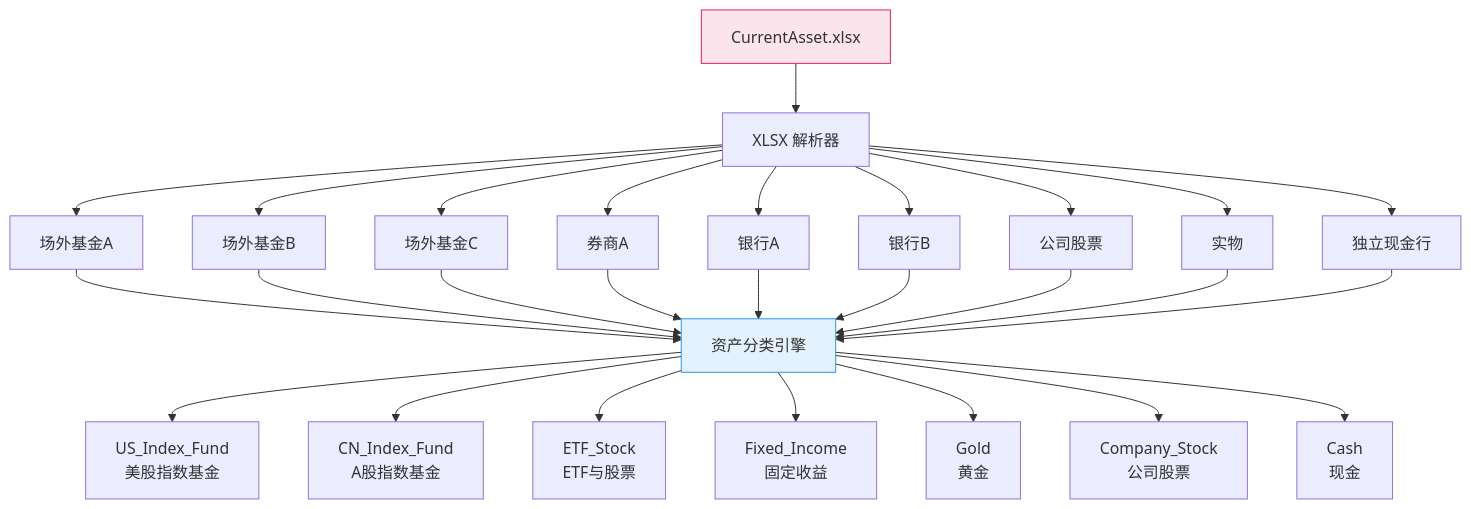
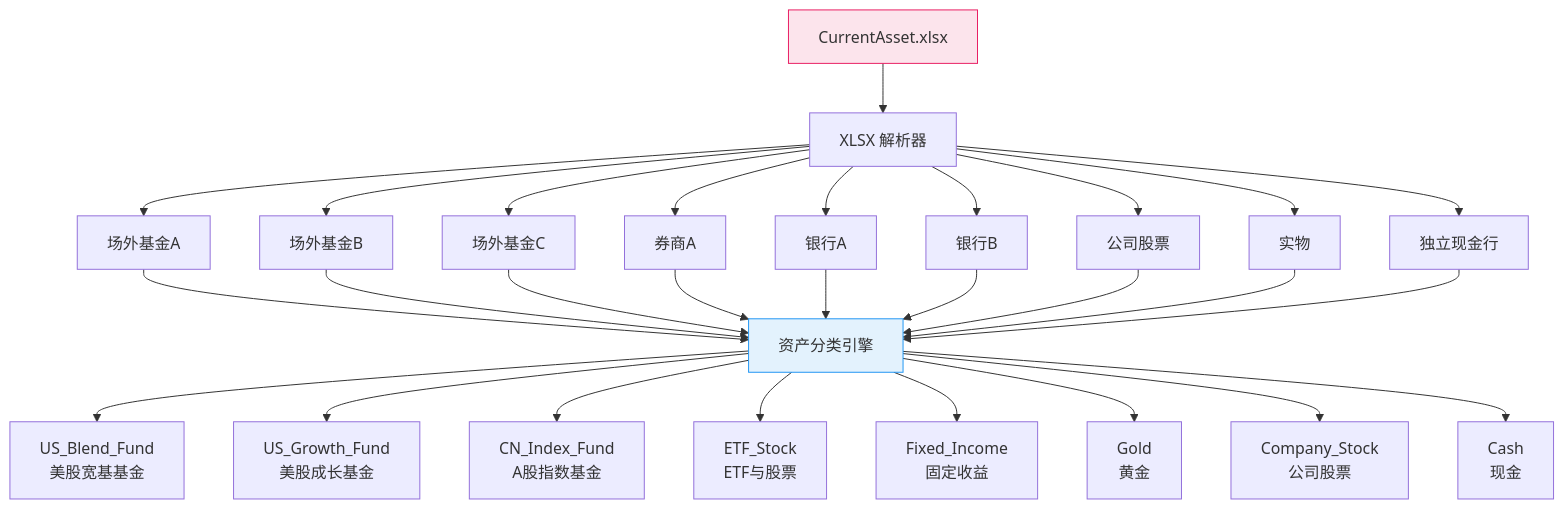
Before and after one commit to Haolun123/FamilyFund: the tenth of 16 diagrams in docs/ARCHITECTURE_shared.md, drawn with Mermaid. The commit also changed other lines of this file and 1 other file, not shown here.

````diff
--- a/docs/ARCHITECTURE_shared.md
+++ b/docs/ARCHITECTURE_shared.md
@@ -645,35 +646,36 @@
 ```mermaid
 flowchart TD
     XLSX["CurrentAsset.xlsx"] --> PARSER["XLSX 解析器"]
     
     PARSER --> S1["场外基金A"]
     PARSER --> S2["场外基金B"]
     PARSER --> S3["场外基金C"]
     PARSER --> S4["券商A"]
     PARSER --> S5["银行A"]
     PARSER --> S6["银行B"]
     PARSER --> S7["公司股票"]
     PARSER --> S8["实物"]
     PARSER --> S9["独立现金行"]
     
     S1 --> CLS["资产分类引擎"]
     S2 --> CLS
     S3 --> CLS
     S4 --> CLS
     S5 --> CLS
     S6 --> CLS
     S7 --> CLS
     S8 --> CLS
     S9 --> CLS
     
-    CLS --> US["US_Index_Fund<br/>美股指数基金"]
+    CLS --> USB["US_Blend_Fund<br/>美股宽基基金"]
+    CLS --> USG["US_Growth_Fund<br/>美股成长基金"]
     CLS --> CN["CN_Index_Fund<br/>A股指数基金"]
     CLS --> ETF["ETF_Stock<br/>ETF与股票"]
     CLS --> FI["Fixed_Income<br/>固定收益"]
     CLS --> GOLD["Gold<br/>黄金"]
     CLS --> CS["Company_Stock<br/>公司股票"]
     CLS --> CASH["Cash<br/>现金"]
 
     style XLSX fill:#fce4ec,stroke:#e91e63
     style CLS fill:#e3f2fd,stroke:#2196f3
 ```
````
